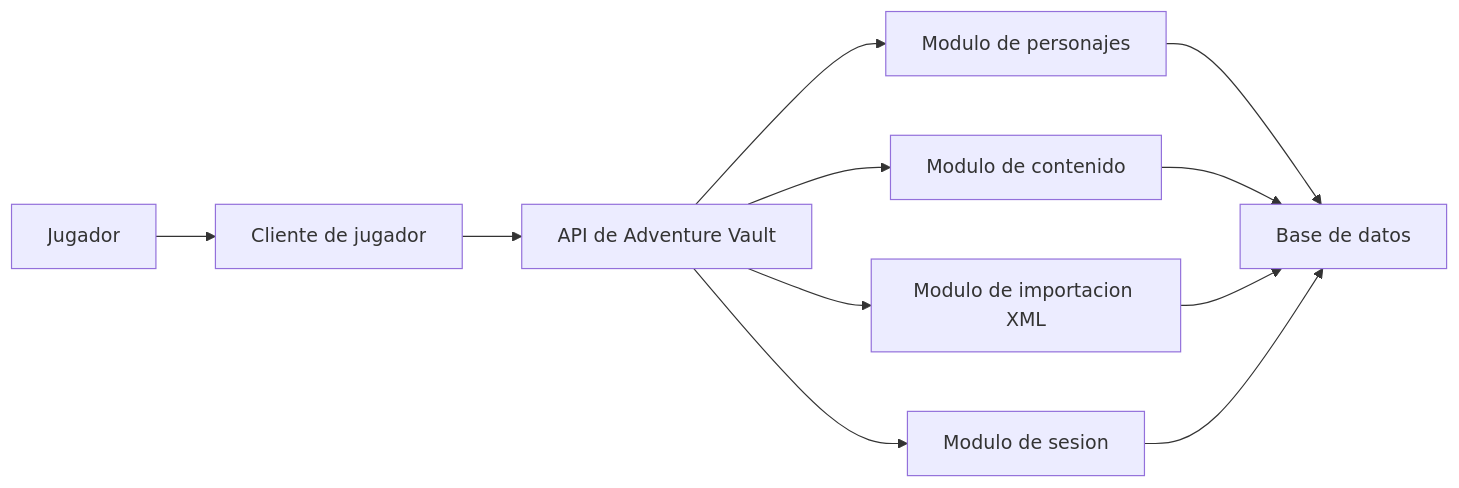
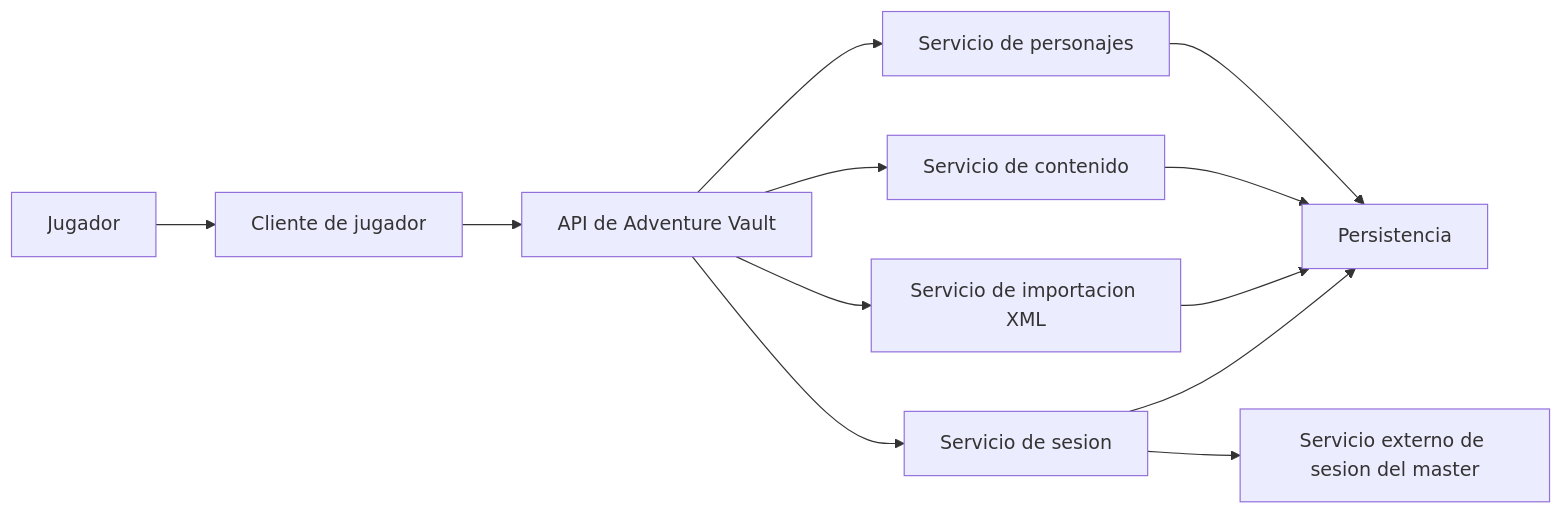
One commit to JuanEstrada/adventure-vault-character changed the diagram in Adventure Vault Character/docs/architecture/c4/container-view.md. Above: the diagram before and after it, drawn with Mermaid. The commit also changed other lines of this file and 14 other files, not shown here.

````diff
--- a/Adventure Vault Character/docs/architecture/c4/container-view.md
+++ b/Adventure Vault Character/docs/architecture/c4/container-view.md
@@ -5,13 +5,14 @@
 ```mermaid
 flowchart LR
     Player["Jugador"] --> Client["Cliente de jugador"]
     Client --> Api["API de Adventure Vault"]
-    Api --> Character["Modulo de personajes"]
-    Api --> Content["Modulo de contenido"]
-    Api --> Session["Modulo de sesion"]
-    Api --> Import["Modulo de importacion XML"]
-    Character --> Db["Base de datos"]
+    Api --> Character["Servicio de personajes"]
+    Api --> Content["Servicio de contenido"]
+    Api --> Session["Servicio de sesion"]
+    Api --> Import["Servicio de importacion XML"]
+    Character --> Db["Persistencia"]
     Content --> Db
     Import --> Db
+    Session --> ExternalSession["Servicio externo de sesion del master"]
     Session --> Db
 ```
````
